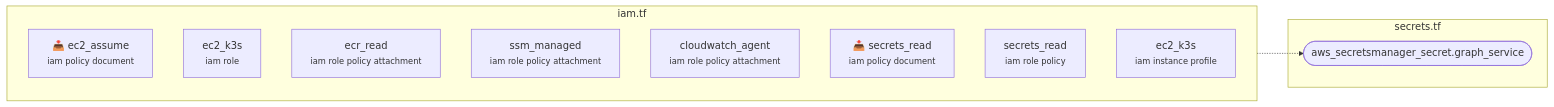
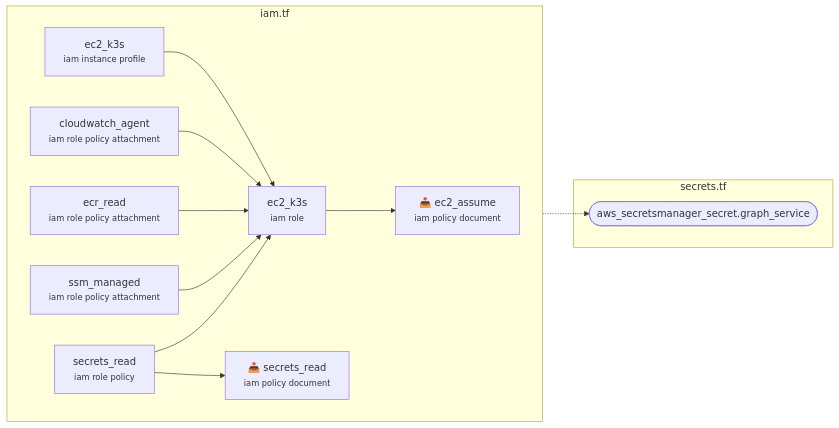
One commit to macamp0328/liner-notes changed the diagram in infra/diagrams/per-file/iam.mmd. Above: the diagram before and after it, drawn with Mermaid. The commit also changed 8 other files, not shown here.

First line of the commit message:
feat: cluster + colorize resource graph, accurate per-resource Mermaid edges (#138)

```diff
--- a/infra/diagrams/per-file/iam.mmd
+++ b/infra/diagrams/per-file/iam.mmd
@@ -1,17 +1,25 @@
 %% Auto-generated by scripts/diagrams/generate.ts — do not edit by hand.
 %% Source: infra/terraform/iam.tf
 flowchart LR
   subgraph this["iam.tf"]
+    direction LR
     data_aws_iam_policy_document_ec2_assume["📥 ec2_assume<br/><small>iam policy document</small>"]
     aws_iam_role_ec2_k3s["ec2_k3s<br/><small>iam role</small>"]
     aws_iam_role_policy_attachment_ecr_read["ecr_read<br/><small>iam role policy attachment</small>"]
     aws_iam_role_policy_attachment_ssm_managed["ssm_managed<br/><small>iam role policy attachment</small>"]
     aws_iam_role_policy_attachment_cloudwatch_agent["cloudwatch_agent<br/><small>iam role policy attachment</small>"]
     data_aws_iam_policy_document_secrets_read["📥 secrets_read<br/><small>iam policy document</small>"]
     aws_iam_role_policy_secrets_read["secrets_read<br/><small>iam role policy</small>"]
     aws_iam_instance_profile_ec2_k3s["ec2_k3s<br/><small>iam instance profile</small>"]
   end
   subgraph ext_secrets_tf["secrets.tf"]
     aws_secretsmanager_secret_graph_service(["aws_secretsmanager_secret.graph_service"])
   end
-  this -.-> aws_secretsmanager_secret_graph_service
+  aws_iam_instance_profile_ec2_k3s --> aws_iam_role_ec2_k3s
+  aws_iam_role_policy_attachment_cloudwatch_agent --> aws_iam_role_ec2_k3s
+  aws_iam_role_policy_attachment_ecr_read --> aws_iam_role_ec2_k3s
+  aws_iam_role_policy_attachment_ssm_managed --> aws_iam_role_ec2_k3s
+  aws_iam_role_policy_secrets_read --> aws_iam_role_ec2_k3s
+  aws_iam_role_policy_secrets_read --> data_aws_iam_policy_document_secrets_read
+  aws_iam_role_ec2_k3s --> data_aws_iam_policy_document_ec2_assume
+  data_aws_iam_policy_document_secrets_read -.-> aws_secretsmanager_secret_graph_service
```
